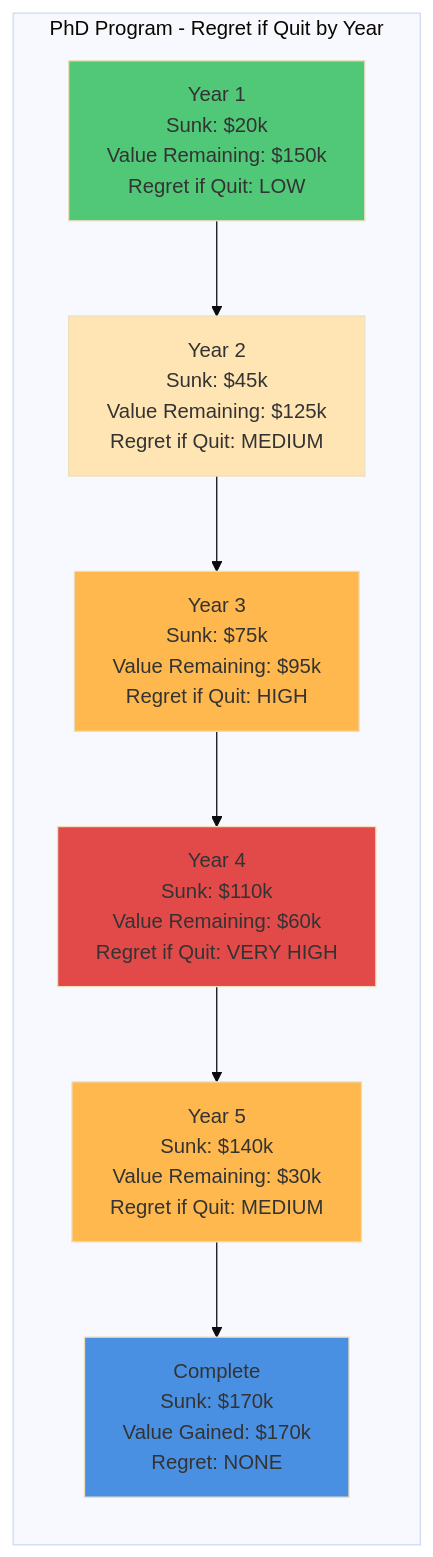
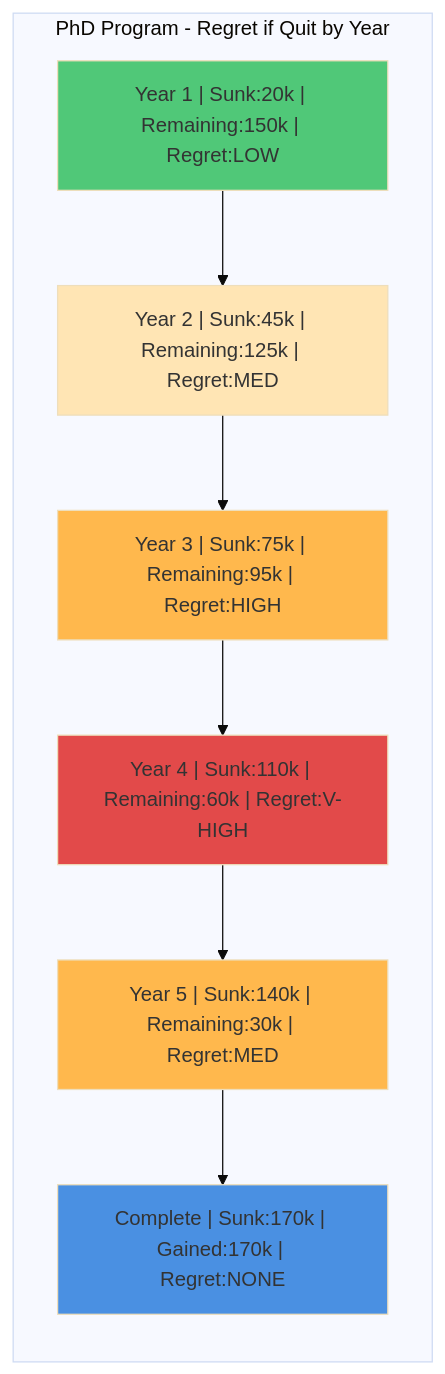
Before and after one commit to Nishant-coder-cpu/testing: diagram 13 of 20 in ldc_flowcharts.md, drawn with Mermaid. The commit also changed other lines of this file, not shown here.

````diff
--- a/ldc_flowcharts.md
+++ b/ldc_flowcharts.md
@@ -685,21 +682,21 @@
 ```mermaid
 %%{init: {'theme':'base'}}%%
 graph LR
     subgraph "PhD Program - Regret if Quit by Year"
-        Y1["Year 1<br/>Sunk: $20k<br/>Value Remaining: $150k<br/>Regret if Quit: LOW"]
-        Y2["Year 2<br/>Sunk: $45k<br/>Value Remaining: $125k<br/>Regret if Quit: MEDIUM"]
-        Y3["Year 3<br/>Sunk: $75k<br/>Value Remaining: $95k<br/>Regret if Quit: HIGH"]
-        Y4["Year 4<br/>Sunk: $110k<br/>Value Remaining: $60k<br/>Regret if Quit: VERY HIGH"]
-        Y5["Year 5<br/>Sunk: $140k<br/>Value Remaining: $30k<br/>Regret if Quit: MEDIUM"]
-        DONE["Complete<br/>Sunk: $170k<br/>Value Gained: $170k<br/>Regret: NONE"]
+        Y1["Year 1 | Sunk:20k | Remaining:150k | Regret:LOW"]
+        Y2["Year 2 | Sunk:45k | Remaining:125k | Regret:MED"]
+        Y3["Year 3 | Sunk:75k | Remaining:95k | Regret:HIGH"]
+        Y4["Year 4 | Sunk:110k | Remaining:60k | Regret:V-HIGH"]
+        Y5["Year 5 | Sunk:140k | Remaining:30k | Regret:MED"]
+        DONE["Complete | Sunk:170k | Gained:170k | Regret:NONE"]
     end
     
     Y1 --> Y2 --> Y3 --> Y4 --> Y5 --> DONE
     
     style Y1 fill:#50C878
     style Y2 fill:#FFE5B4
     style Y3 fill:#FFB84D
     style Y4 fill:#E24A4A
     style Y5 fill:#FFB84D
     style DONE fill:#4A90E2
 ```
````
